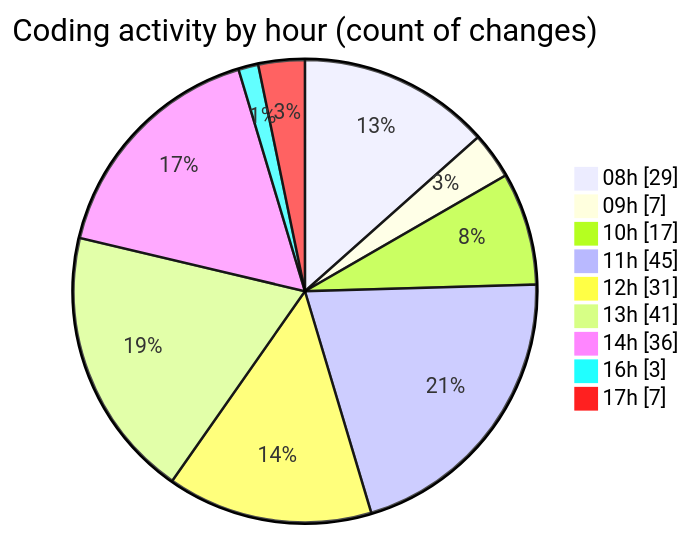
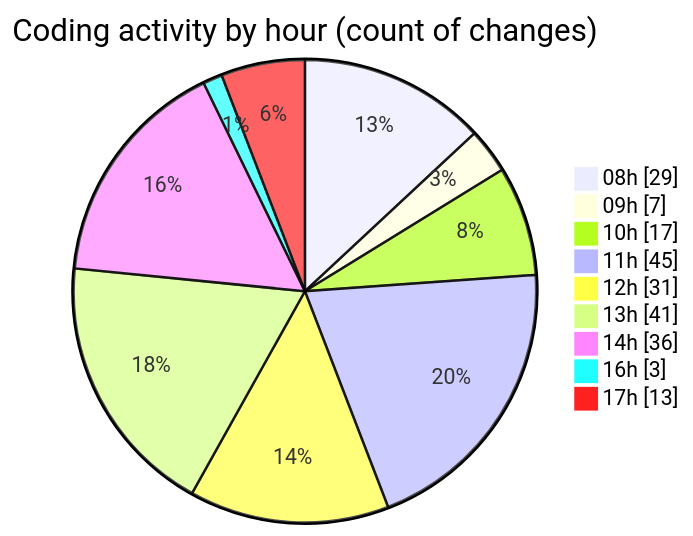
One commit to momahboobian/code-tracking changed the second of 2 diagrams in 2025-04-09/cda/README.md. Above: the diagram before and after it, drawn with Mermaid. The commit also changed other lines of this file and 1 other file, not shown here.

````diff
--- a/2025-04-09/cda/README.md
+++ b/2025-04-09/cda/README.md
@@ -58,13 +58,13 @@
 ```mermaid
 pie showData
 title Coding activity by hour (count of changes)
 "08h" : 29
 "09h" : 7
 "10h" : 17
 "11h" : 45
 "12h" : 31
 "13h" : 41
 "14h" : 36
 "16h" : 3
-"17h" : 7
+"17h" : 13
 ```
````
